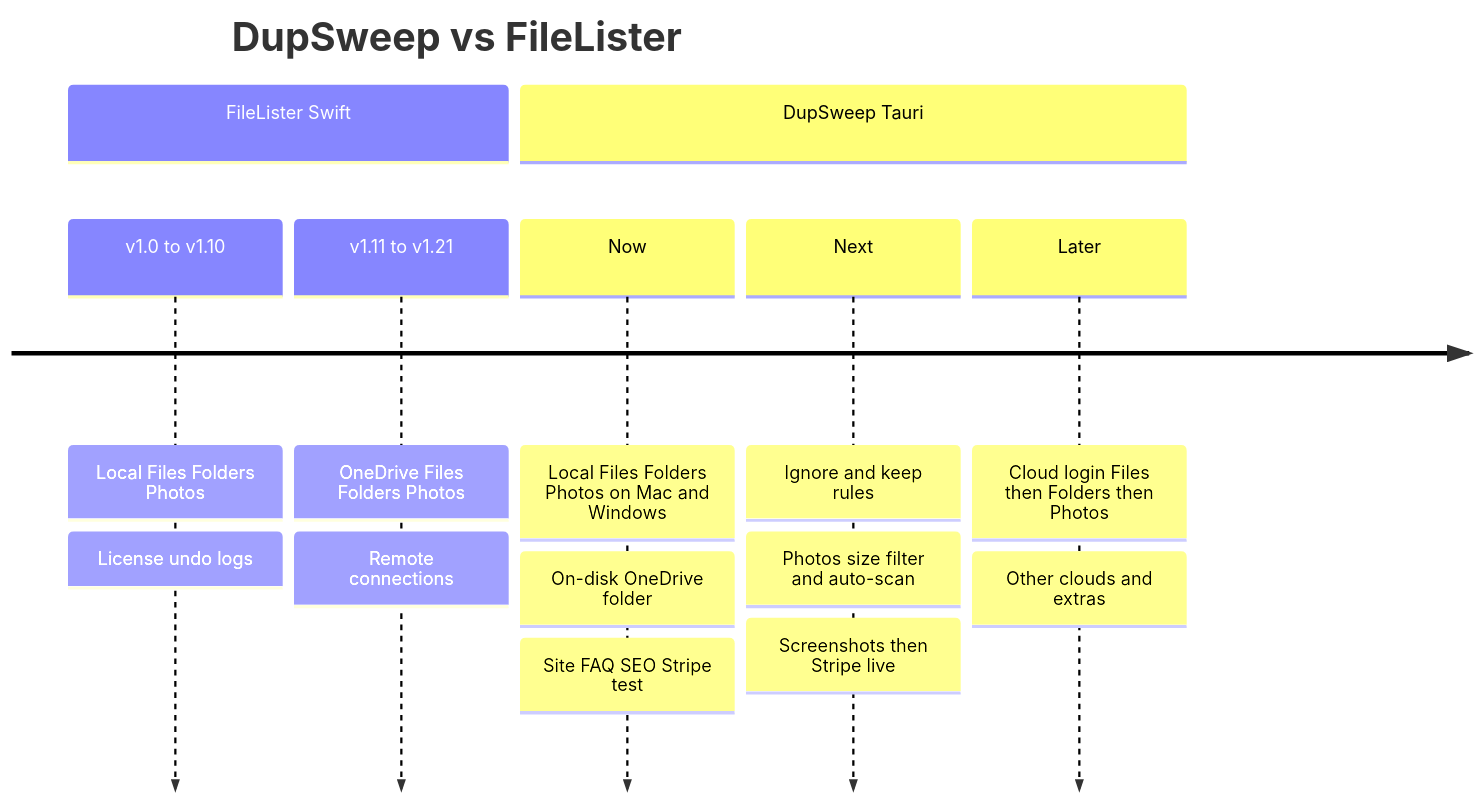
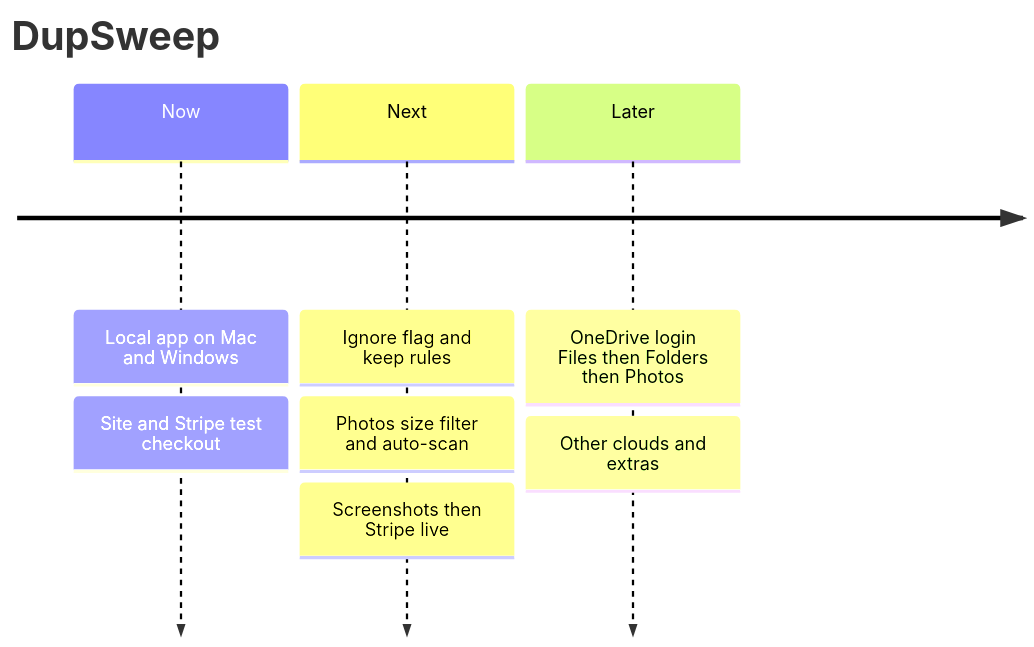
Before and after one commit to SingleUseApps/dupsweep: the diagram in ROADMAP.md, drawn with Mermaid. The commit also changed other lines of this file, not shown here.

First line of the commit message:
Keep a single Mermaid timeline on the roadmap

````diff
--- a/ROADMAP.md
+++ b/ROADMAP.md
@@ -9,18 +11,11 @@
 ```mermaid
 timeline
-    title DupSweep vs FileLister
-    section FileLister Swift
-        v1.0 to v1.10 : Local Files Folders Photos
-                      : License undo logs
-        v1.11 to v1.21 : OneDrive Files Folders Photos
-                       : Remote connections
-    section DupSweep Tauri
-        Now : Local Files Folders Photos on Mac and Windows
-            : On-disk OneDrive folder
-            : Site FAQ SEO Stripe test
-        Next : Ignore and keep rules
-             : Photos size filter and auto-scan
-             : Screenshots then Stripe live
-        Later : Cloud login Files then Folders then Photos
-              : Other clouds and extras
+    title DupSweep
+    Now : Local app on Mac and Windows
+        : Site and Stripe test checkout
+    Next : Ignore flag and keep rules
+         : Photos size filter and auto-scan
+         : Screenshots then Stripe live
+    Later : OneDrive login Files then Folders then Photos
+          : Other clouds and extras
 ```
````
